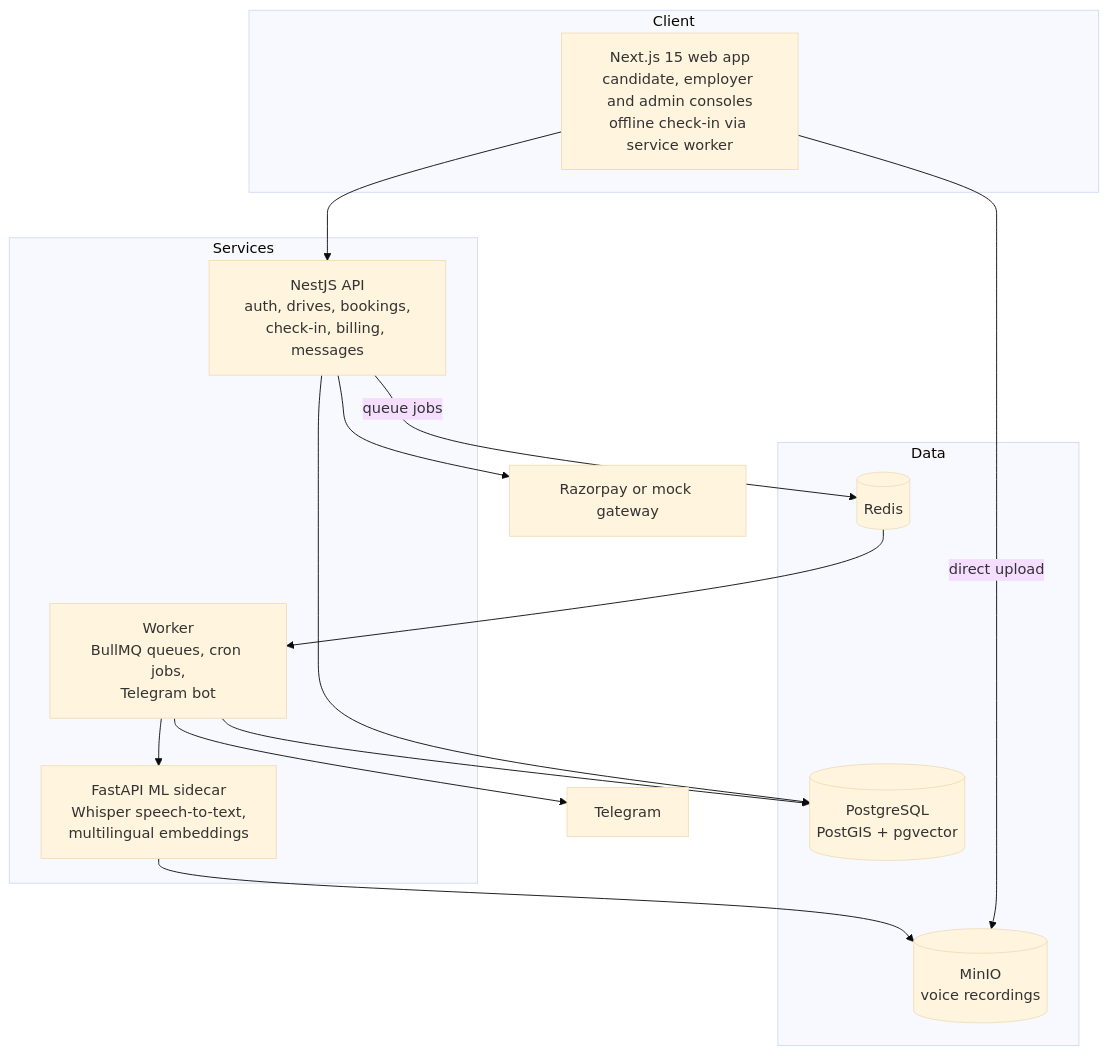
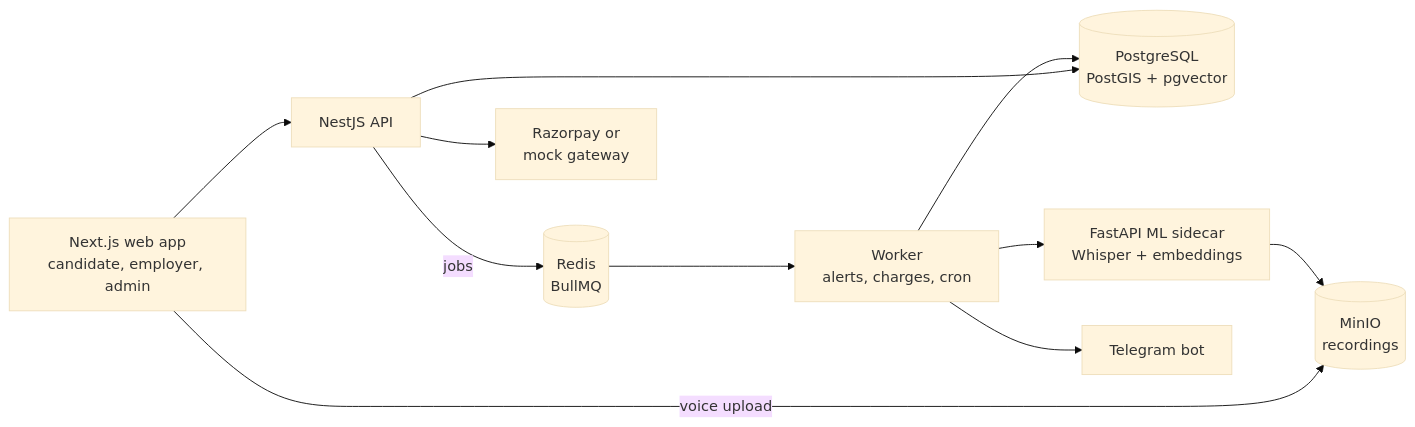
One commit to SanchitSlayer/walkins changed the second of 2 diagrams in README.md. Above: the diagram before and after it, drawn with Mermaid (base theme). The commit also changed other lines of this file, not shown here.

Commit message:
Make README diagrams readable at GitHub width

````diff
--- a/README.md
+++ b/README.md
@@ -76,32 +74,13 @@
 ```mermaid
-flowchart TB
-    subgraph Client
-        WEB["Next.js 15 web app<br/>candidate, employer and admin consoles<br/>offline check-in via service worker"]
-    end
-
-    subgraph Services
-        API["NestJS API<br/>auth, drives, bookings,<br/>check-in, billing, messages"]
-        WORKER["Worker<br/>BullMQ queues, cron jobs,<br/>Telegram bot"]
-        ML["FastAPI ML sidecar<br/>Whisper speech-to-text,<br/>multilingual embeddings"]
-    end
-
-    subgraph Data
-        PG[("PostgreSQL<br/>PostGIS + pgvector")]
-        REDIS[("Redis")]
-        S3[("MinIO<br/>voice recordings")]
-    end
-
-    TG["Telegram"]
-    PAY["Razorpay or mock gateway"]
-
-    WEB --> API
-    WEB -- "direct upload" --> S3
-    API --> PG
-    API -- "queue jobs" --> REDIS
-    REDIS --> WORKER
+flowchart LR
+    WEB["Next.js web app<br/>candidate, employer, admin"] --> API["NestJS API"]
+    WEB -- "voice upload" --> S3[("MinIO<br/>recordings")]
+    API --> PG[("PostgreSQL<br/>PostGIS + pgvector")]
+    API -- "jobs" --> REDIS[("Redis<br/>BullMQ")]
+    API --> PAY["Razorpay or<br/>mock gateway"]
+    REDIS --> WORKER["Worker<br/>alerts, charges, cron"]
+    WORKER --> ML["FastAPI ML sidecar<br/>Whisper + embeddings"]
+    WORKER --> TG["Telegram bot"]
     WORKER --> PG
-    WORKER --> ML
-    WORKER --> TG
     ML --> S3
-    API --> PAY
 ```
````
